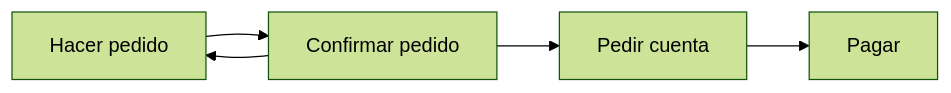
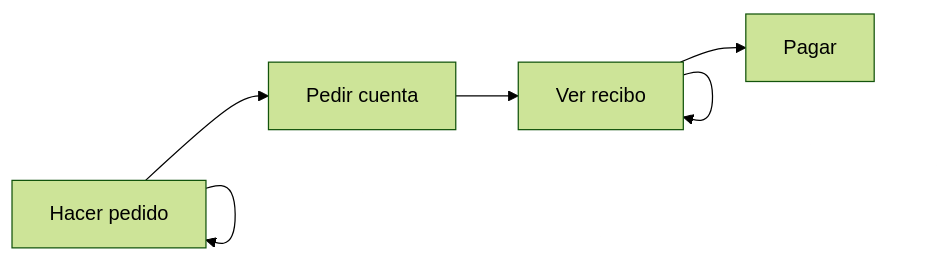
The first of 16 diagrams in documentacion/requisitos/diagramas_de_flujo.md (pabenito/QRest), drawn with Mermaid (forest theme) before and after one commit. The commit also changed other lines of this file, not shown here.

Commit message:
diagramas de flujo flujo frontend actualizado

````diff
--- a/documentacion/requisitos/diagramas_de_flujo.md
+++ b/documentacion/requisitos/diagramas_de_flujo.md
@@ -12,11 +12,10 @@
 ```mermaid
 flowchart LR
     hacer_pedido[Hacer pedido]
-    confirmar_pedido[Confirmar pedido]
     pedir_cuenta[Pedir cuenta]
+    ver_recibo[Ver recibo]
     pagar[Pagar]
-    hacer_pedido --> confirmar_pedido
-    confirmar_pedido --> hacer_pedido
-    confirmar_pedido --> pedir_cuenta
-    pedir_cuenta --> pagar
+    hacer_pedido --> hacer_pedido & pedir_cuenta
+    pedir_cuenta --> ver_recibo
+    ver_recibo --> ver_recibo & pagar
 ```
````
